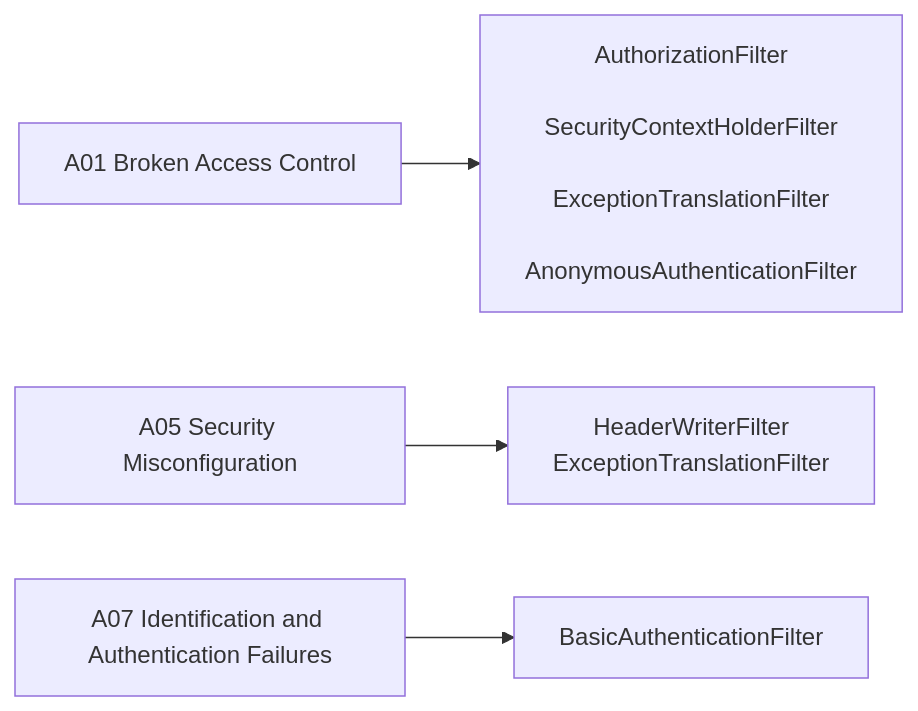
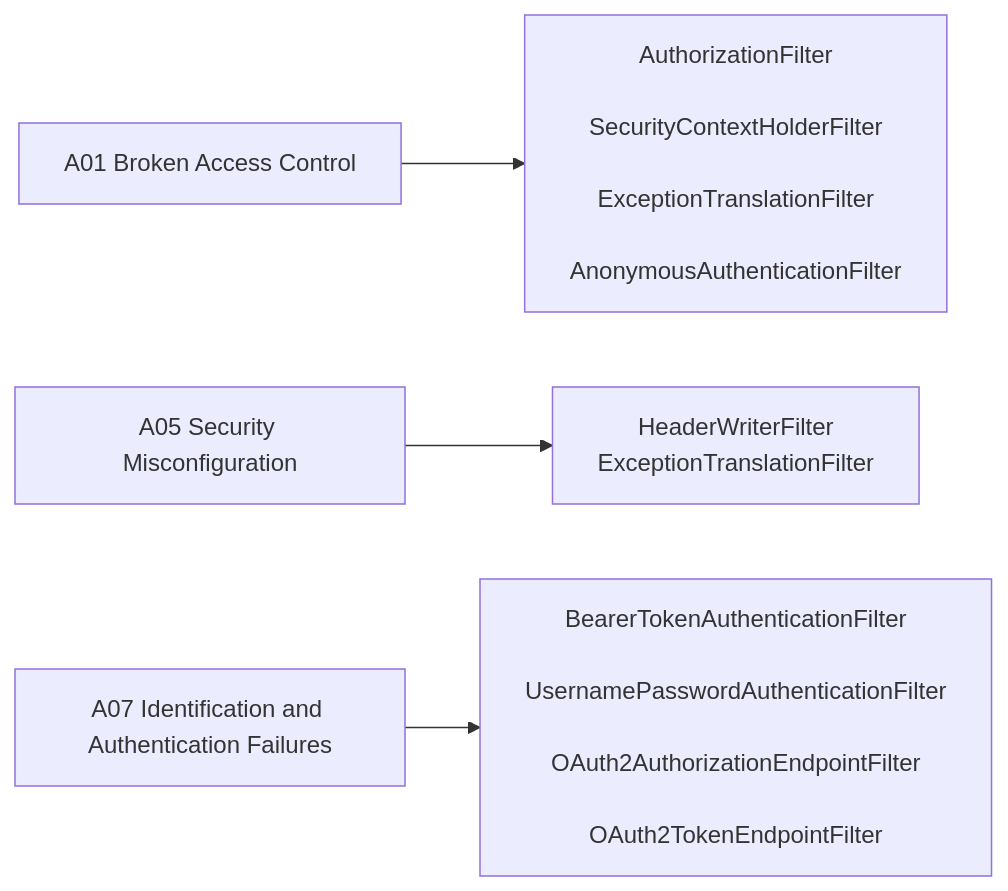
Before and after one commit to manolis-messalas/OmniAPI: the second of 2 diagrams in docs/Security.md, drawn with Mermaid. The commit also changed other lines of this file and 26 other files, not shown here.

````diff
--- a/docs/Security.md
+++ b/docs/Security.md
@@ -37,10 +37,13 @@
 ```mermaid
 flowchart LR
     A1[A01 Broken Access Control] --> F1[AuthorizationFilter
                                         SecurityContextHolderFilter
                                         ExceptionTranslationFilter
                                         AnonymousAuthenticationFilter]
     A5[A05 Security Misconfiguration] --> F5[HeaderWriterFilter
                                               ExceptionTranslationFilter]
-    A7[A07 Identification and Authentication Failures] --> F7[BasicAuthenticationFilter]
+    A7[A07 Identification and Authentication Failures] --> F7[BearerTokenAuthenticationFilter
+                                        UsernamePasswordAuthenticationFilter
+                                        OAuth2AuthorizationEndpointFilter
+                                        OAuth2TokenEndpointFilter]
 ```
````
